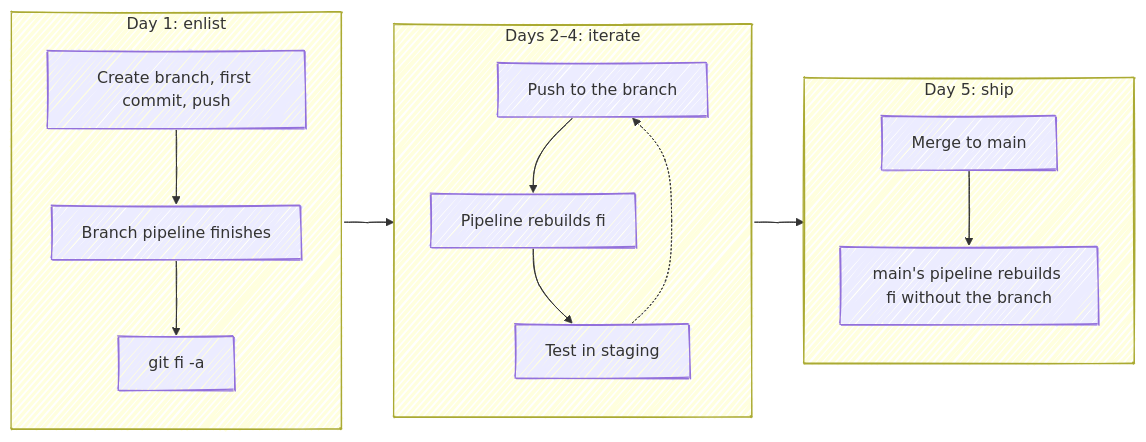
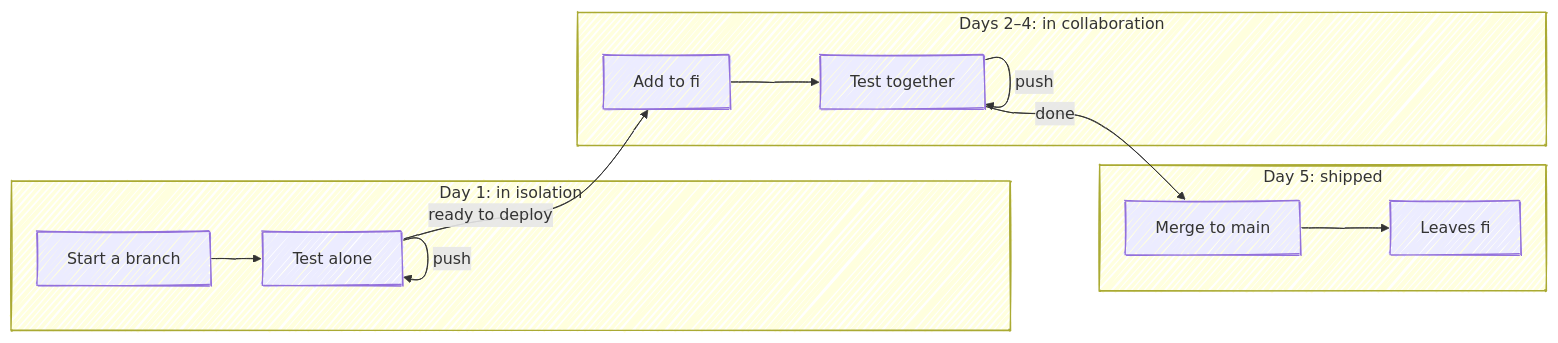
One commit to gettyimages/git-fi changed the diagram in docs/daily-workflow.md. Above: the diagram before and after it, drawn with Mermaid. The commit also changed other lines of this file and 5 other files, not shown here.

First line of the commit message:
Reframe daily workflow; index search as plain text

````diff
--- a/docs/daily-workflow.md
+++ b/docs/daily-workflow.md
@@ -5,18 +5,23 @@
 ```mermaid
 %%{ init: { 'look': 'handDrawn' } }%%
 flowchart LR
-  subgraph d1["Day 1: enlist"]
-    direction TB
-    A1[Create branch, first commit, push] --> A2[Branch pipeline finishes] --> A3[git fi -a]
+  subgraph iso["Day 1: in isolation"]
+    S[Start a branch] --> I[Test alone]
+    I -- push --> I
   end
-  subgraph d2["Days 2–4: iterate"]
-    direction TB
-    B1[Push to the branch] --> B2[Pipeline rebuilds fi] --> B3[Test in staging]
-    B3 -.-> B1
+  subgraph col["Days 2–4: in collaboration"]
+    E[Add to fi] --> C[Test together]
+    C -- push --> C
   end
-  subgraph d5["Day 5: ship"]
-    direction TB
-    C1[Merge to main] --> C2[main's pipeline rebuilds fi without the branch]
+  subgraph shp["Day 5: shipped"]
+    M[Merge to main] --> L[Leaves fi]
   end
-  d1 --> d2 --> d5
+  I -- ready to deploy --> E
+  C -- done --> M
+  click S "#/daily-workflow?id=day-1-start-in-isolation"
+  click I "#/daily-workflow?id=day-1-start-in-isolation"
+  click E "#/daily-workflow?id=days-24-test-in-collaboration"
+  click C "#/daily-workflow?id=days-24-test-in-collaboration"
+  click M "#/daily-workflow?id=day-5-ship-it"
+  click L "#/daily-workflow?id=day-5-ship-it"
 ```
````
